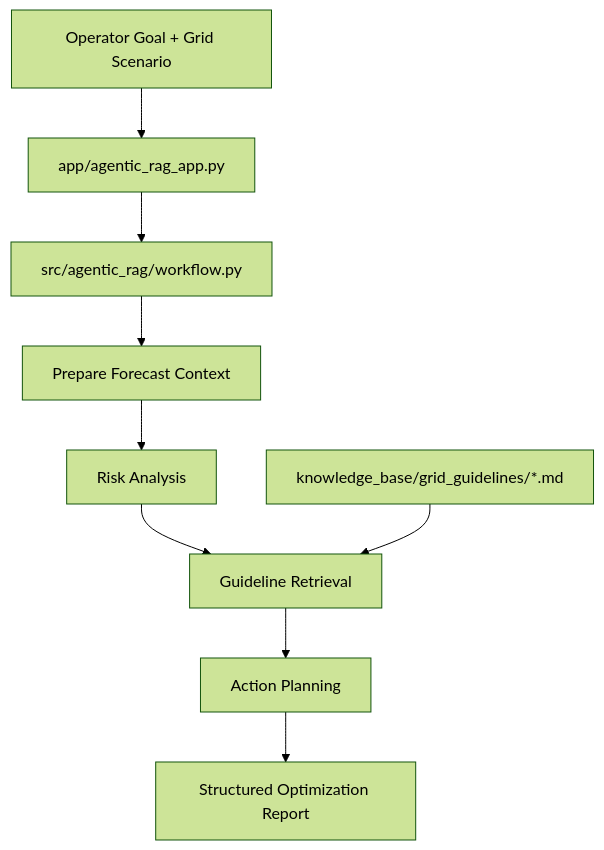
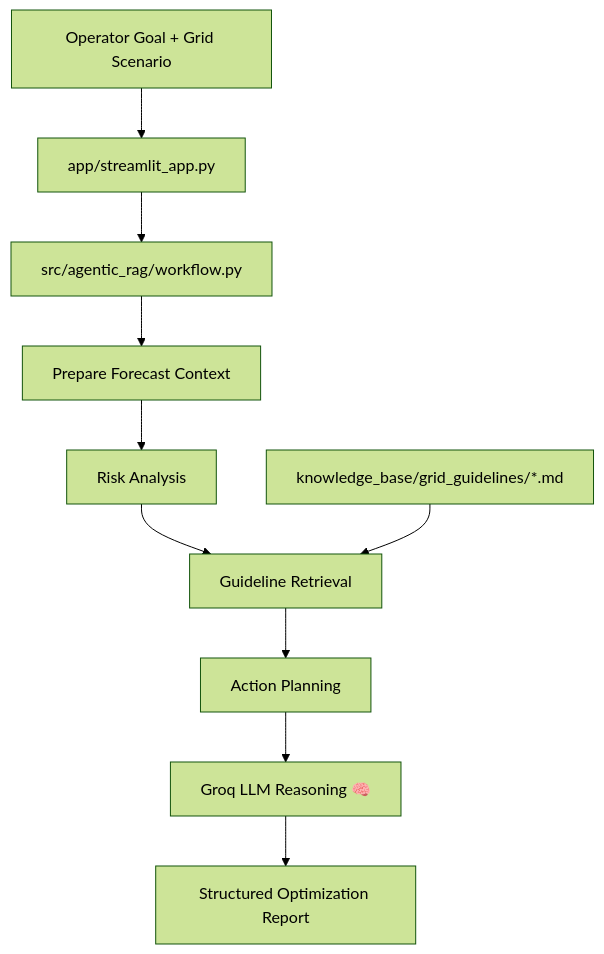
The second of 3 diagrams in README.md (SayAn1-dls/solar_analysis), drawn with Mermaid (forest theme) before and after one commit. The commit also changed other lines of this file and 2 other files, not shown here.

````diff
--- a/README.md
+++ b/README.md
@@ -96,11 +96,12 @@
 ```mermaid
 graph TD
-    A["Operator Goal + Grid Scenario"] --> B["app/agentic_rag_app.py"]
+    A["Operator Goal + Grid Scenario"] --> B["app/streamlit_app.py"]
     B --> C["src/agentic_rag/workflow.py"]
     C --> D["Prepare Forecast Context"]
     D --> E["Risk Analysis"]
     E --> F["Guideline Retrieval"]
     F --> G["Action Planning"]
-    G --> H["Structured Optimization Report"]
-    I["knowledge_base/grid_guidelines/*.md"] --> F
+    G --> H["Groq LLM Reasoning 🧠"]
+    H --> I["Structured Optimization Report"]
+    J["knowledge_base/grid_guidelines/*.md"] --> F
 ```
````
